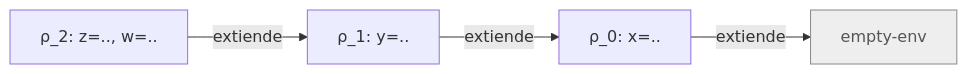
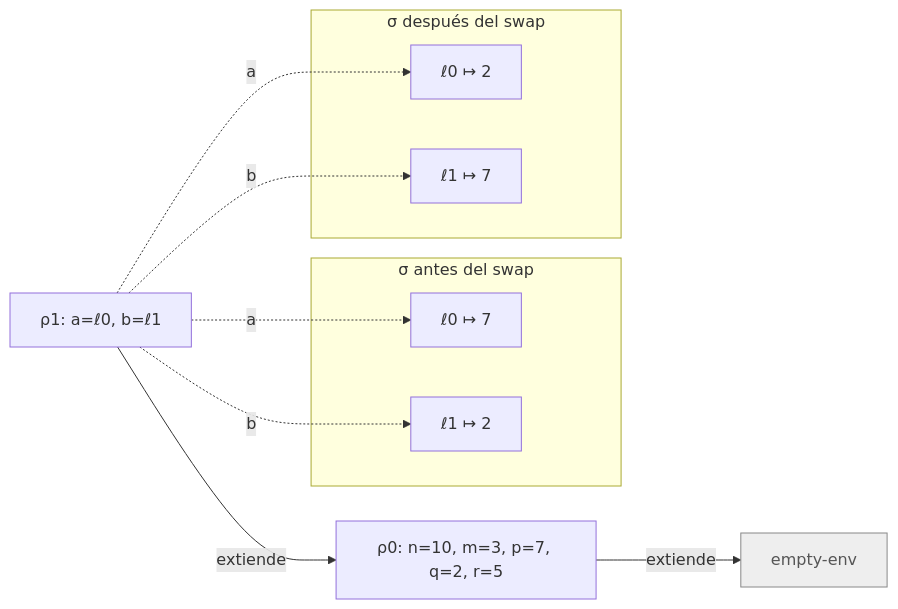
Before and after one commit to EjerciciosClasesCardel/flp-2026-2-taller-03-cauca-refs: the third of 3 diagrams in docs/informe-ast.md, drawn with Mermaid. The commit also changed other lines of this file and 10 other files, not shown here.

````diff
--- a/docs/informe-ast.md
+++ b/docs/informe-ast.md
@@ -136,8 +300,23 @@
 ```mermaid
 graph LR
-  E2[ρ_2: z=.., w=..] -->|extiende| E1[ρ_1: y=..]
-  E1 -->|extiende| E0[ρ_0: x=..]
-  E0 -->|extiende| V[empty-env]
+  E1["ρ1: a=ℓ0, b=ℓ1"] -->|extiende| E0["ρ0: n=10, m=3, p=7, q=2, r=5"]
+  E0 -->|extiende| V["empty-env"]
+ 
+  subgraph antes ["σ antes del swap"]
+    c0["ℓ0 ↦ 7"]
+    c1["ℓ1 ↦ 2"]
+  end
+ 
+  subgraph despues ["σ después del swap"]
+    d0["ℓ0 ↦ 2"]
+    d1["ℓ1 ↦ 7"]
+  end
+ 
+  E1 -.->|a| c0
+  E1 -.->|b| c1
+  E1 -.->|a| d0
+  E1 -.->|b| d1
+ 
   classDef empty fill:#eee,stroke:#888,color:#555;
   class V empty;
 ```
````
